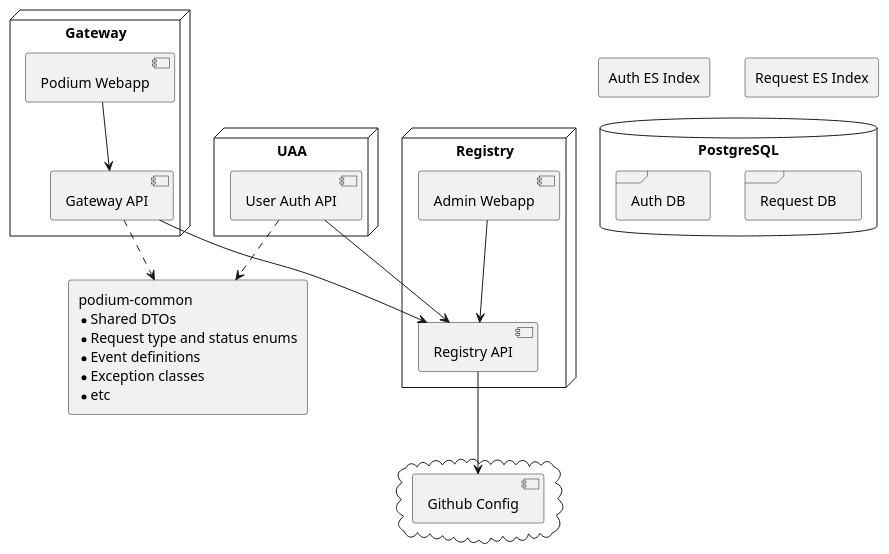
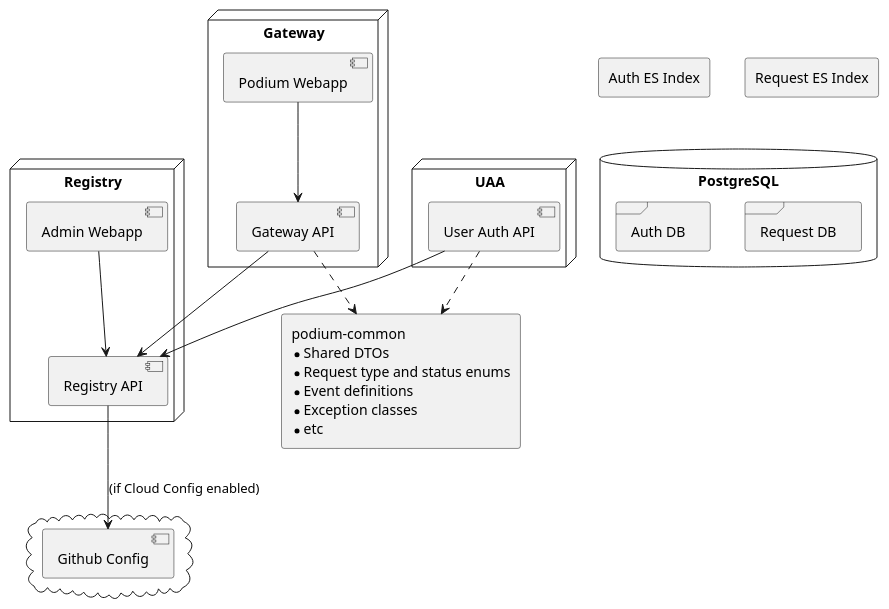
Before and after one commit to thehyve/podium: the first of 3 diagrams in docs/technical-overview.md, drawn with PlantUML. The commit also changed other lines of this file, not shown here.

````diff
--- a/docs/technical-overview.md
+++ b/docs/technical-overview.md
@@ -26,48 +26,48 @@
 ```plantuml
 @startuml
 node "Registry" {
   [Registry API]
   [Admin Webapp] --> [Registry API]
 }
 
 node "UAA" {
   [User Auth API] --> [Registry API]
 }
 
 node "Gateway" {
   [Gateway API] --> [Registry API]
   [Podium Webapp] --> [Gateway API]
 }
 
 cloud {
   [Github Config]
-  [Registry API] --> [Github Config]
+  [Registry API] --> [Github Config] : (if Cloud Config enabled)
 }
 
 rectangle Common [
   podium-common
   * Shared DTOs
   * Request type and status enums
   * Event definitions
   * Exception classes
   * etc
 ]
 
 [Gateway API] ..> Common
 [User Auth API] ..> Common
 
 
 database "PostgreSQL" {
   frame "Auth DB" as AuthDB {
   }
   frame "Request DB" as RequestDB {
   }
 }
 
 rectangle "Auth ES Index" as AuthES
 AuthES -[hidden]-> AuthDB
 rectangle "Request ES Index" as RequestES
 RequestES -[hidden]-> RequestDB
 
 @enduml
 ```
````
